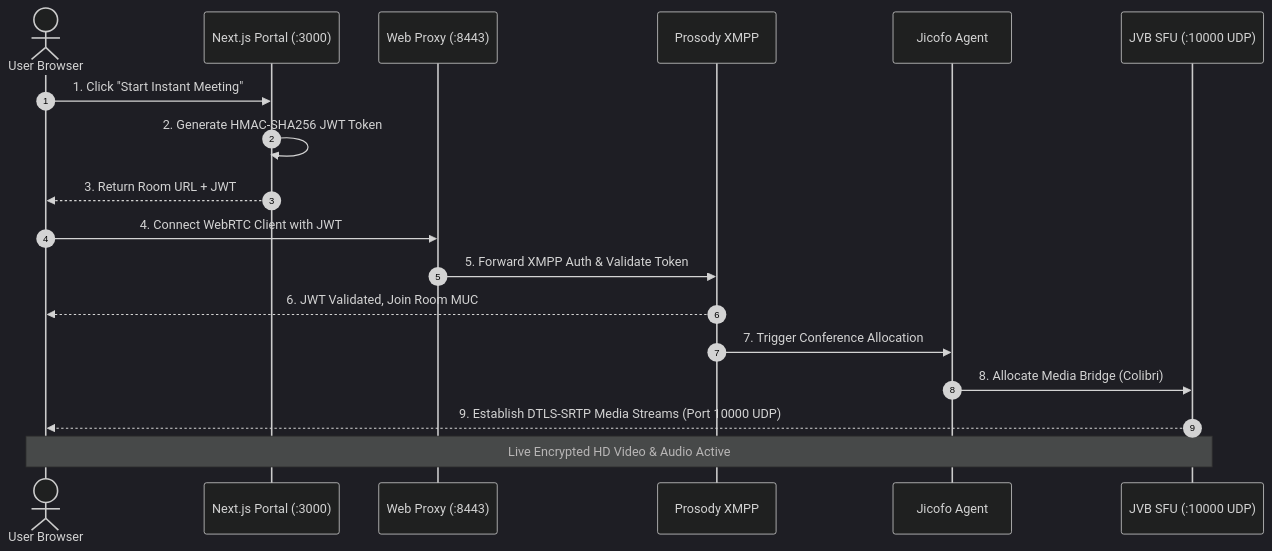
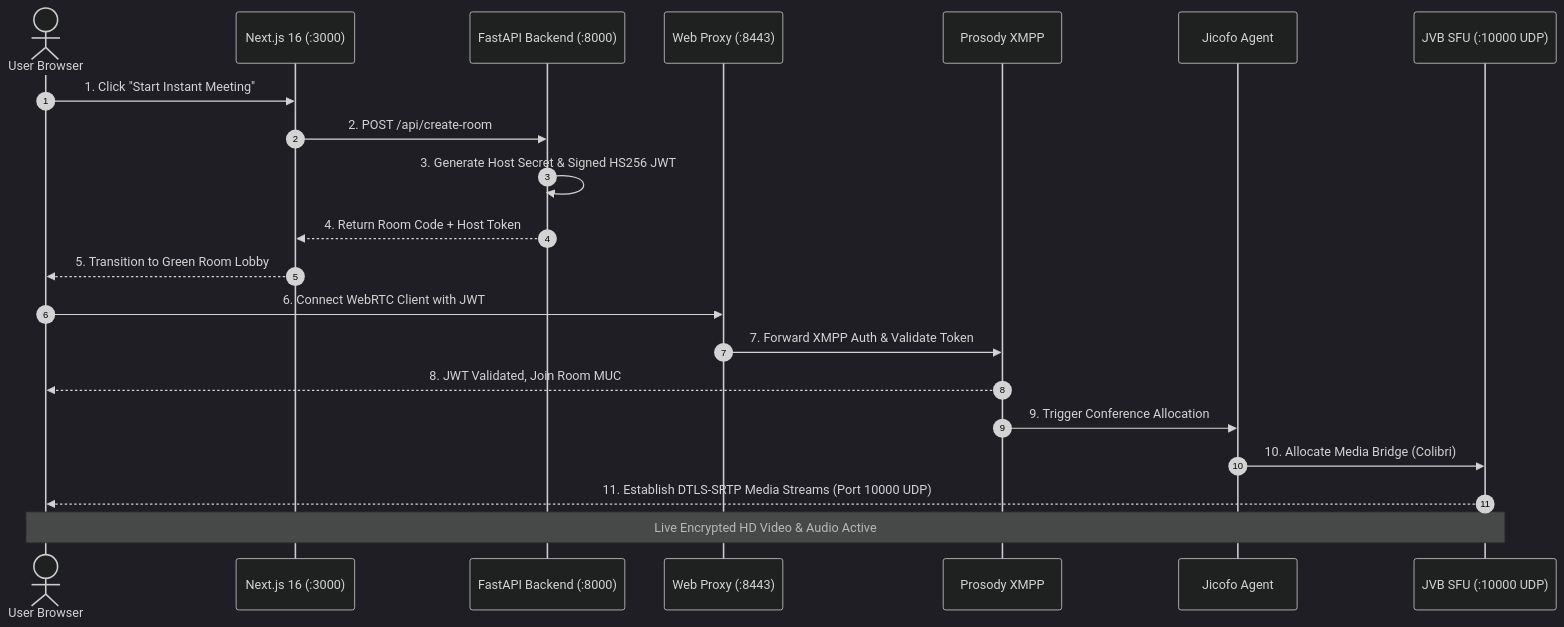
The diagram in 01-architecture-and-protocols.md (PorKeat/jitsi-docs), drawn with Mermaid (dark theme) before and after one commit. The commit also changed other lines of this file and 4 other files, not shown here.

Commit message:
docs: update jitsi-docs suite with Next.js 16, FastAPI backend architecture, AES-256-GCM encryption, live telemetry, and recent room lifecycle

````diff
--- a/01-architecture-and-protocols.md
+++ b/01-architecture-and-protocols.md
@@ -39,21 +42,24 @@
 ```mermaid
 sequenceDiagram
     autonumber
     actor User as User Browser
-    participant Portal as Next.js Portal (:3000)
+    participant Web as Next.js 16 (:3000)
+    participant API as FastAPI Backend (:8000)
     participant Nginx as Web Proxy (:8443)
     participant Prosody as Prosody XMPP
     participant Jicofo as Jicofo Agent
     participant JVB as JVB SFU (:10000 UDP)
 
-    User->>Portal: 1. Click "Start Instant Meeting"
-    Portal->>Portal: 2. Generate HMAC-SHA256 JWT Token
-    Portal-->>User: 3. Return Room URL + JWT
-    User->>Nginx: 4. Connect WebRTC Client with JWT
-    Nginx->>Prosody: 5. Forward XMPP Auth & Validate Token
-    Prosody-->>User: 6. JWT Validated, Join Room MUC
-    Prosody->>Jicofo: 7. Trigger Conference Allocation
-    Jicofo->>JVB: 8. Allocate Media Bridge (Colibri)
-    JVB-->>User: 9. Establish DTLS-SRTP Media Streams (Port 10000 UDP)
+    User->>Web: 1. Click "Start Instant Meeting"
+    Web->>API: 2. POST /api/create-room
+    API->>API: 3. Generate Host Secret & Signed HS256 JWT
+    API-->>Web: 4. Return Room Code + Host Token
+    Web-->>User: 5. Transition to Green Room Lobby
+    User->>Nginx: 6. Connect WebRTC Client with JWT
+    Nginx->>Prosody: 7. Forward XMPP Auth & Validate Token
+    Prosody-->>User: 8. JWT Validated, Join Room MUC
+    Prosody->>Jicofo: 9. Trigger Conference Allocation
+    Jicofo->>JVB: 10. Allocate Media Bridge (Colibri)
+    JVB-->>User: 11. Establish DTLS-SRTP Media Streams (Port 10000 UDP)
     Note over User,JVB: Live Encrypted HD Video & Audio Active
 ```
````
